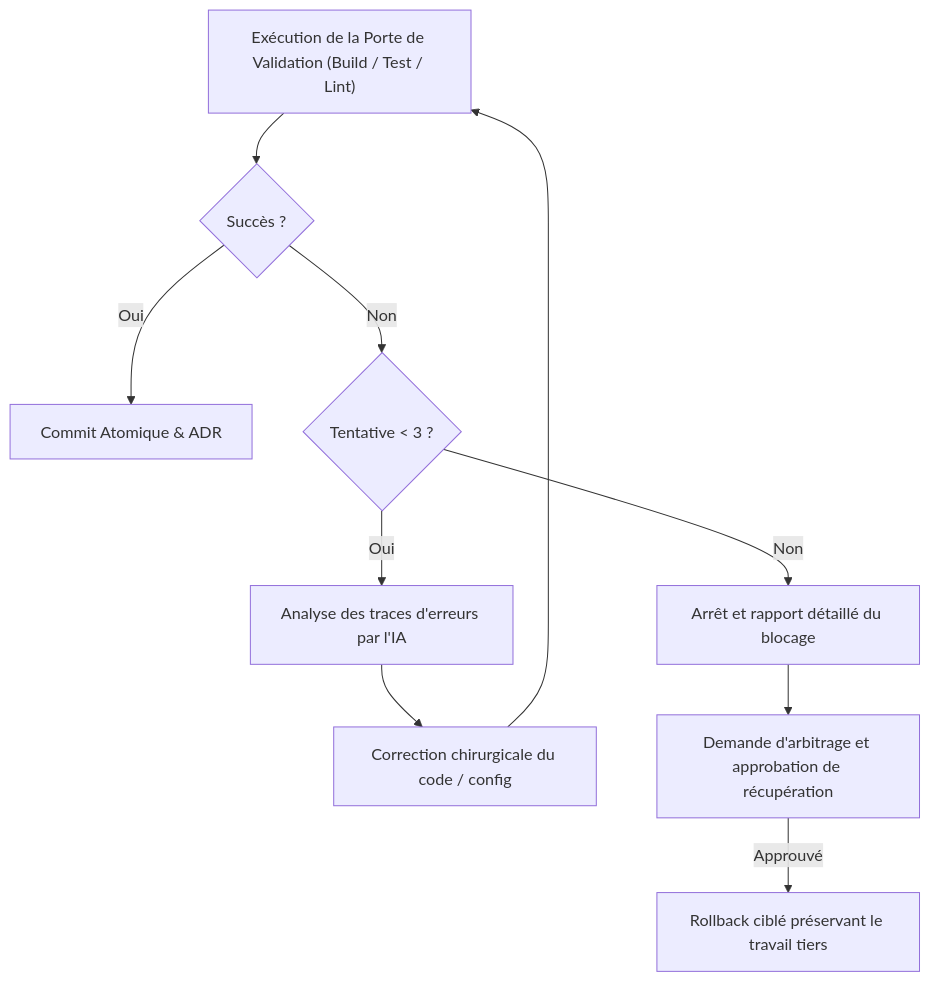
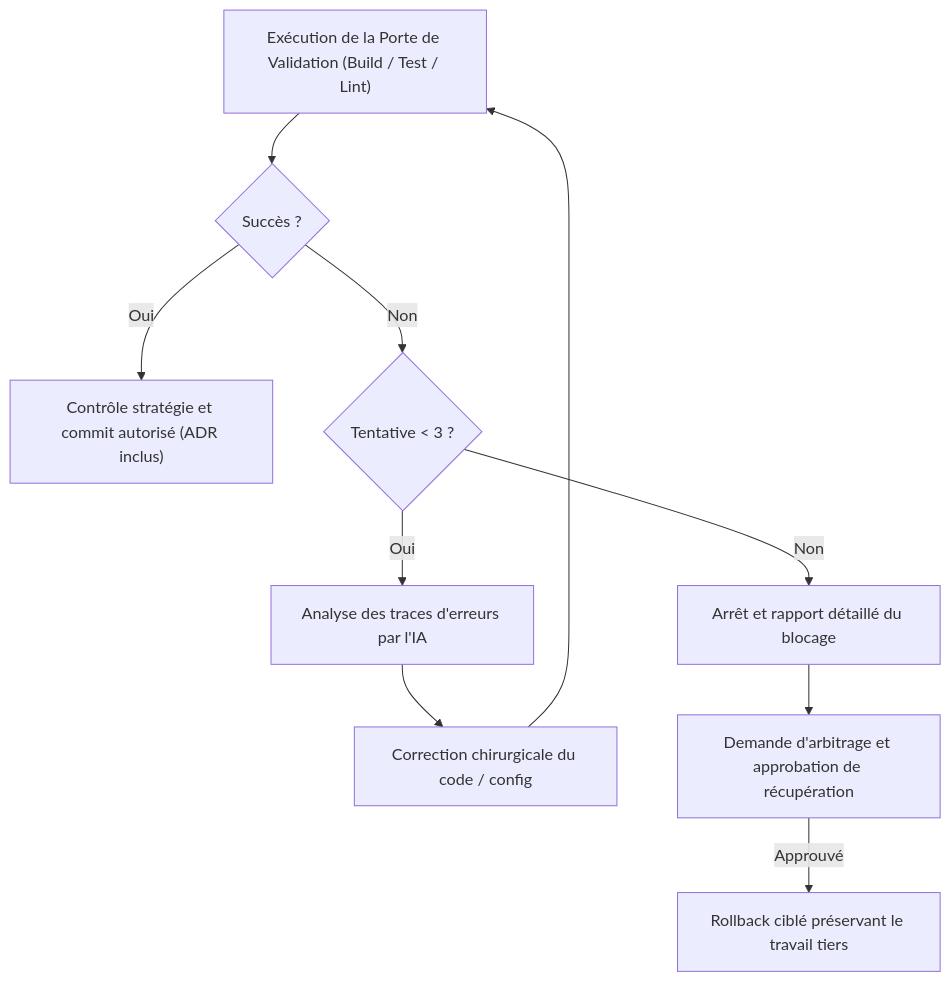
Before and after one commit to Acrazie/skills: the diagram in skills/repo-modernizer-acrazie/references/execution-protocol.md, drawn with Mermaid. The commit also changed other lines of this file and 6 other files, not shown here.

````diff
--- a/skills/repo-modernizer-acrazie/references/execution-protocol.md
+++ b/skills/repo-modernizer-acrazie/references/execution-protocol.md
@@ -88,12 +83,12 @@
 ```mermaid
 flowchart TD
     RunGate["Exécution de la Porte de Validation (Build / Test / Lint)"] --> Check{"Succès ?"}
-    Check -- Oui --> Commit["Commit Atomique & ADR"]
+    Check -- Oui --> Commit["Contrôle stratégie et commit autorisé (ADR inclus)"]
     Check -- Non --> Loop{"Tentative < 3 ?"}
     Loop -- Oui --> Analyze["Analyse des traces d'erreurs par l'IA"]
     Analyze --> Patch["Correction chirurgicale du code / config"]
     Patch --> RunGate
     Loop -- Non --> Report["Arrêt et rapport détaillé du blocage"]
     Report --> Arbitrate["Demande d'arbitrage et approbation de récupération"]
     Arbitrate -- Approuvé --> Rollback["Rollback ciblé préservant le travail tiers"]
 ```
````
